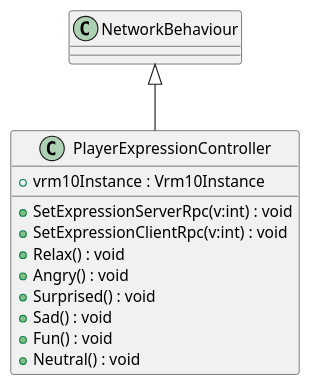
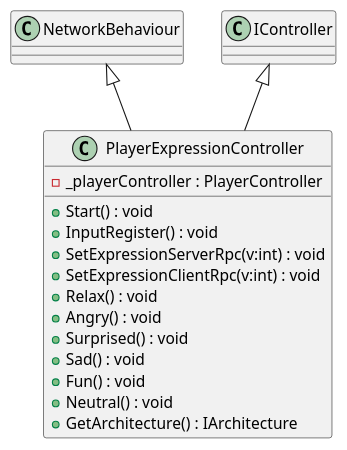
Before and after one commit to cutehusky/VirtualChat3D: the diagram in src/Assets/Scripts/Core/OnlineRuntimeModule/CharacterControl/puml/PlayerExpressionController.puml, drawn with PlantUML. The commit also changed 17 other files, not shown here.

Commit message:
update readme and class diagram

```diff
--- a/src/Assets/Scripts/Core/OnlineRuntimeModule/CharacterControl/puml/PlayerExpressionController.puml
+++ b/src/Assets/Scripts/Core/OnlineRuntimeModule/CharacterControl/puml/PlayerExpressionController.puml
@@ -1,14 +1,18 @@
 @startuml
 class PlayerExpressionController {
-    + vrm10Instance : Vrm10Instance
+    - _playerController : PlayerController
+    + Start() : void
+    + InputRegister() : void
     + SetExpressionServerRpc(v:int) : void
     + SetExpressionClientRpc(v:int) : void
     + Relax() : void
     + Angry() : void
     + Surprised() : void
     + Sad() : void
     + Fun() : void
     + Neutral() : void
+    + GetArchitecture() : IArchitecture
 }
 NetworkBehaviour <|-- PlayerExpressionController
+IController <|-- PlayerExpressionController
 @enduml
```
